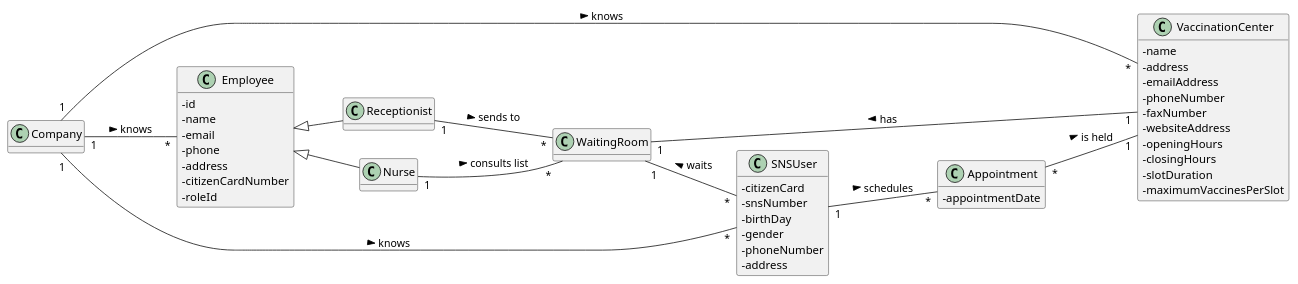
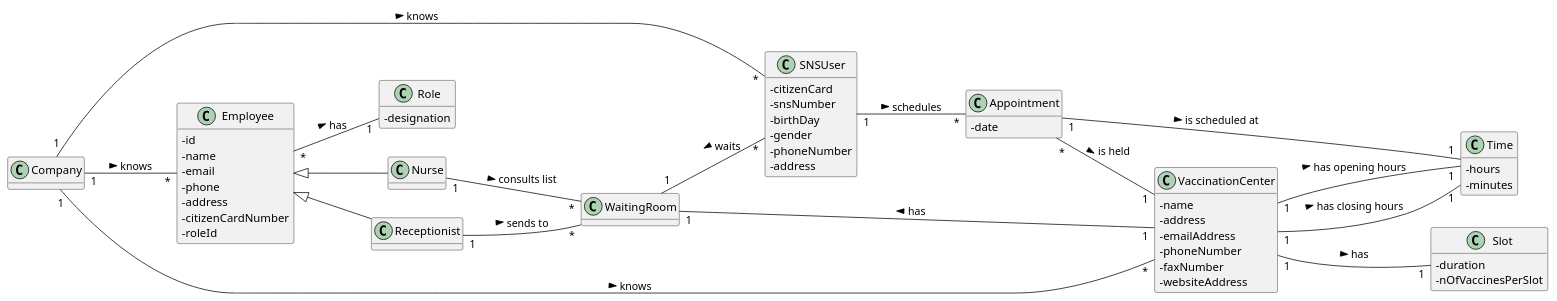
One commit to miseEnPlace-i/lapr2 changed the diagram in docs/SprintC/US05/DM/US05_DM.puml. Above: the diagram before and after it, drawn with PlantUML. The commit also changed 1 other file, not shown here.

```diff
--- a/docs/SprintC/US05/DM/US05_DM.puml
+++ b/docs/SprintC/US05/DM/US05_DM.puml
@@ -1,67 +1,84 @@
 @startuml
 hide methods
 left to right direction
 skinparam classAttributeIconSize 0
 
 class Employee {
   -id
   -name
   -email
   -phone
   -address
   -citizenCardNumber
   -roleId
 }
 
+class Role {
+  -designation
+}
+
 class Nurse {}
 
 class Receptionist {}
 
 class VaccinationCenter {
   - name
   - address
   - emailAddress
   - phoneNumber
   - faxNumber
   - websiteAddress
-  - openingHours
-  - closingHours
-  - slotDuration
-  - maximumVaccinesPerSlot
 }
 
 class WaitingRoom {}
 
 class SNSUser {
   - citizenCard
   - snsNumber
   - birthDay
   - gender
   - phoneNumber
   - address
 }
 
 class Company {}
 
 class Appointment {
-  -appointmentDate
+  -date
+}
 
+class Time {
+  -hours
+  -minutes
+}
+
+class Slot {
+  -duration
+  -nOfVaccinesPerSlot
 }
 
 Employee <|-- Nurse
 Employee <|-- Receptionist
 
+Employee "*" -- "1" Role : has >
+
 VaccinationCenter "1" -- "1" WaitingRoom : has >
 WaitingRoom "1" -- "*" SNSUser : waits <
+
+Appointment "1" -- "1" Time : is scheduled at >
+
+VaccinationCenter "1" -- "1" Time : has closing hours >
+VaccinationCenter "1" -- "1" Time : has opening hours >
+VaccinationCenter "1" -- "1" Slot : has >
 
 Nurse "1" -- "*" WaitingRoom : consults list >
 Receptionist "1" -- "*" WaitingRoom : sends to >
 
 Company "1" -- "*" VaccinationCenter : knows > 
 Company "1" -- "*" SNSUser : knows > 
 Company "1" -- "*" Employee : knows > 
 
 SNSUser "1" -- "*" Appointment : schedules >
 Appointment "*" -- "1" VaccinationCenter : is held >
 
 @enduml
```
